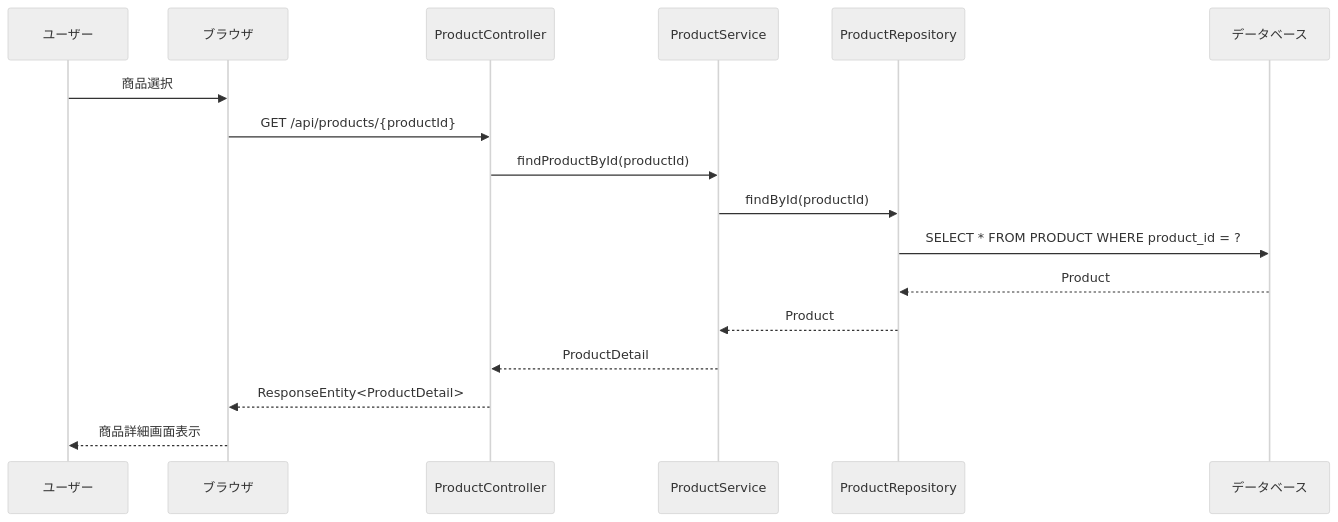
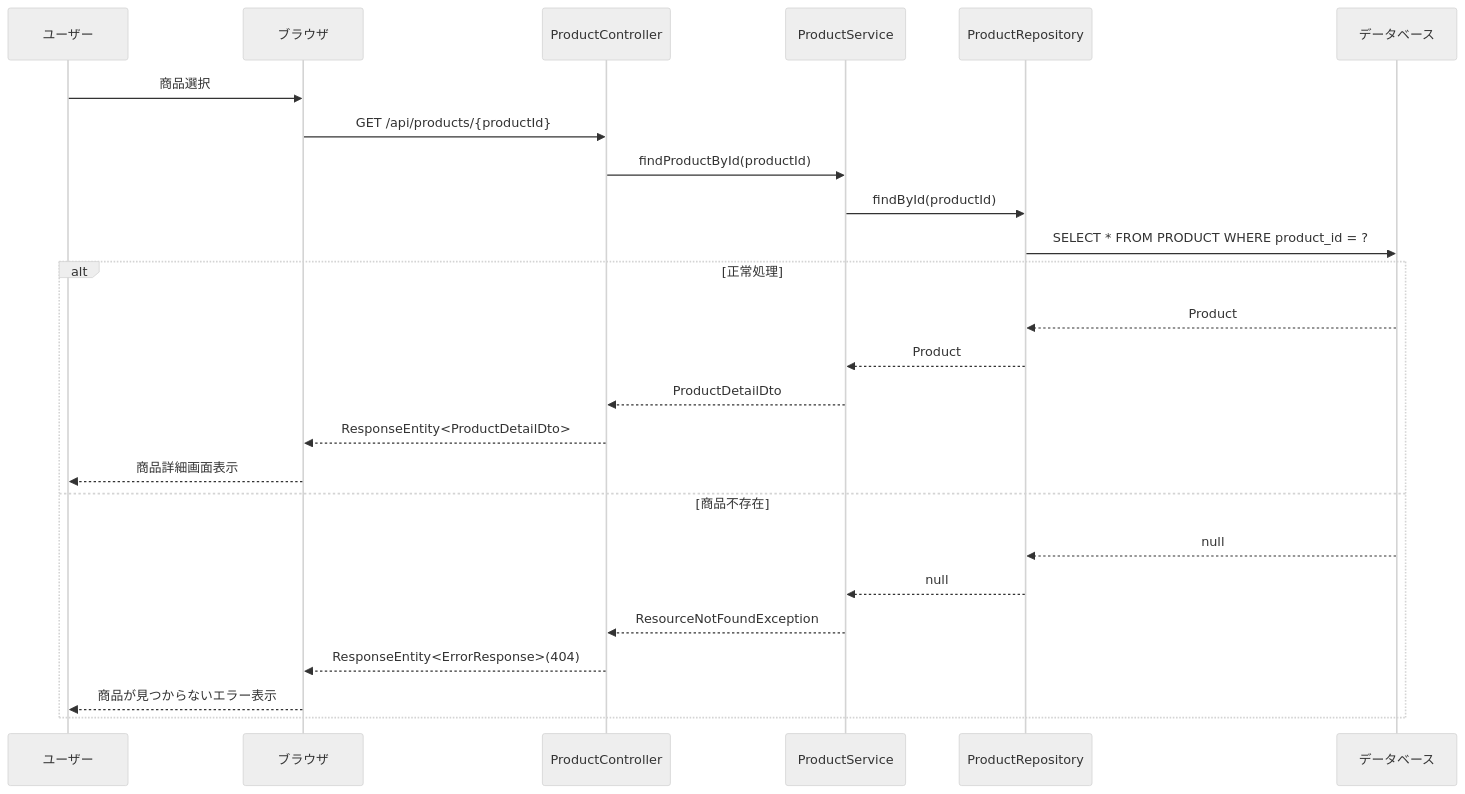
One commit to shogomaeda758/Bacon changed the fourth of 17 diagrams in 詳細設計/3_sequence.md. Above: the diagram before and after it, drawn with Mermaid (neutral theme). The commit also changed other lines of this file and 2 other files, not shown here.

````diff
--- a/詳細設計/3_sequence.md
+++ b/詳細設計/3_sequence.md
@@ -130,20 +160,29 @@
 ```mermaid
 sequenceDiagram
     participant U as ユーザー
     participant B as ブラウザ
     participant PC as ProductController
     participant PS as ProductService
     participant PR as ProductRepository
     participant DB as データベース
 
     U->>B: 商品選択
     B->>PC: GET /api/products/{productId}
     PC->>PS: findProductById(productId)
     PS->>PR: findById(productId)
     PR->>DB: SELECT * FROM PRODUCT WHERE product_id = ?
-    DB-->>PR: Product
-    PR-->>PS: Product
-    PS-->>PC: ProductDetail
-    PC-->>B: ResponseEntity<ProductDetail>
-    B-->>U: 商品詳細画面表示
+    
+    alt 正常処理
+        DB-->>PR: Product
+        PR-->>PS: Product
+        PS-->>PC: ProductDetailDto
+        PC-->>B: ResponseEntity<ProductDetailDto>
+        B-->>U: 商品詳細画面表示
+    else 商品不存在
+        DB-->>PR: null
+        PR-->>PS: null
+        PS-->>PC: ResourceNotFoundException
+        PC-->>B: ResponseEntity<ErrorResponse>(404)
+        B-->>U: 商品が見つからないエラー表示
+    end
 ```
````
